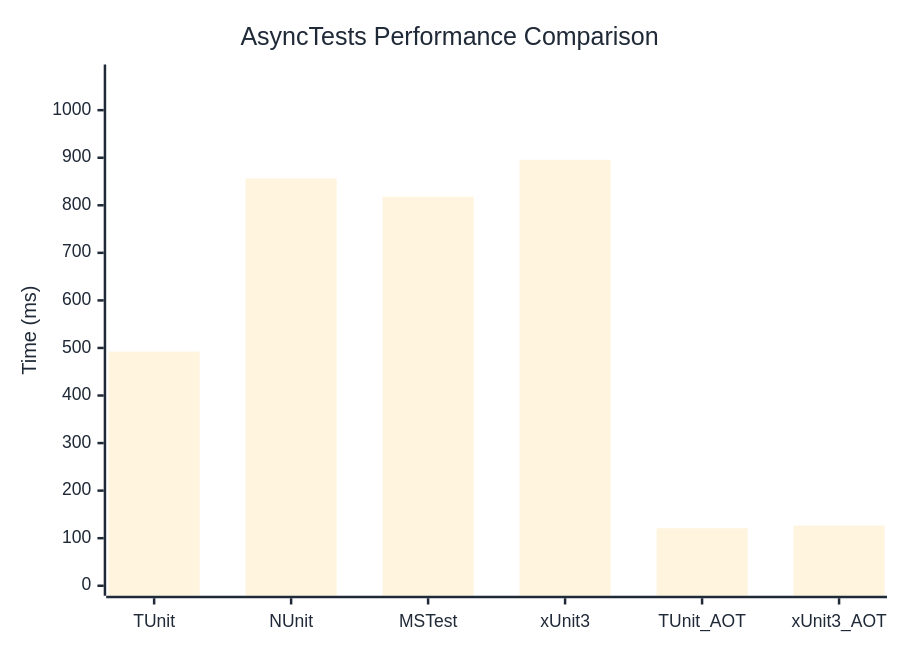
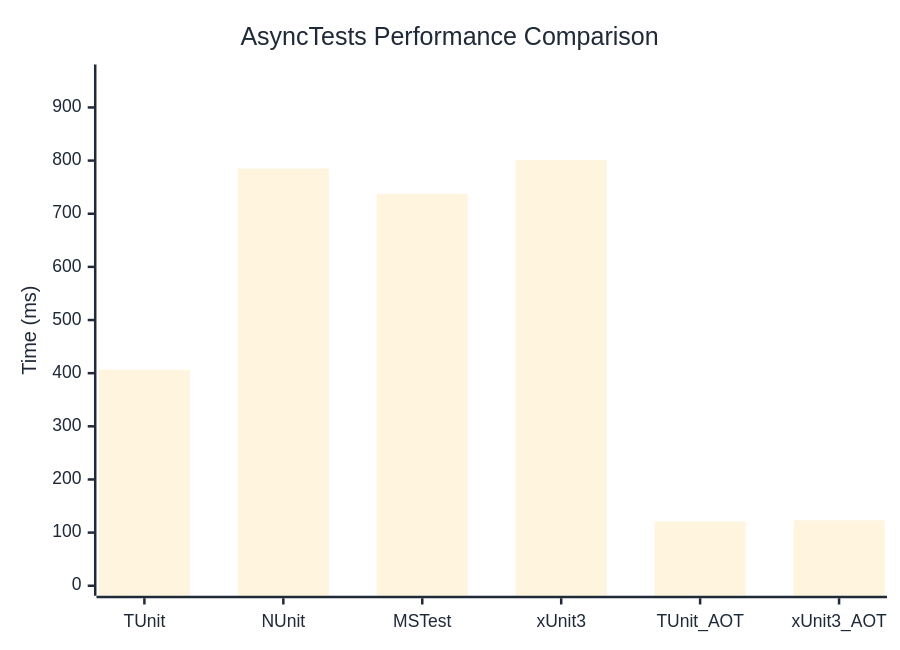
The diagram in docs/docs/benchmarks/engine/AsyncTests.md (thomhurst/TUnit), drawn with Mermaid before and after one commit. The commit also changed other lines of this file and 18 other files, not shown here.

````diff
--- a/docs/docs/benchmarks/engine/AsyncTests.md
+++ b/docs/docs/benchmarks/engine/AsyncTests.md
@@ -30,37 +30,37 @@
 ```mermaid
 %%{init: {
   'theme':'base',
   'themeVariables': {
     'primaryColor': '#2563eb',
     'primaryTextColor': '#1f2937',
     'primaryBorderColor': '#1e40af',
     'lineColor': '#6b7280',
     'secondaryColor': '#7c3aed',
     'tertiaryColor': '#dc2626',
     'background': '#ffffff',
     'mainBkg': '#2563eb',
     'secondBkg': '#7c3aed',
     'tertiaryBkg': '#dc2626',
     'clusterBkg': '#f3f4f6',
     'edgeLabelBackground': '#ffffff',
     'tertiaryTextColor': '#1f2937',
     'pie1': '#2563eb',
     'pie2': '#7c3aed',
     'pie3': '#dc2626',
     'pie4': '#f59e0b',
     'pie5': '#10b981',
     'pie6': '#06b6d4',
     'pie7': '#ec4899',
     'pie8': '#6366f1',
     'pie9': '#84cc16',
     'pie10': '#f97316',
     'pie11': '#14b8a6',
     'pie12': '#a855f7'
   }
 }}%%
 xychart-beta
   title "AsyncTests Performance Comparison"
   x-axis ["TUnit", "NUnit", "MSTest", "xUnit3", "TUnit_AOT", "xUnit3_AOT"]
-  y-axis "Time (ms)" 0 --> 1075
-  bar [492.4, 856.7, 817.9, 895.6, 120.9, 126.4]
+  y-axis "Time (ms)" 0 --> 962
+  bar [406.2, 785.1, 737.3, 801.1, 120.7, 123.2]
 ```
````
